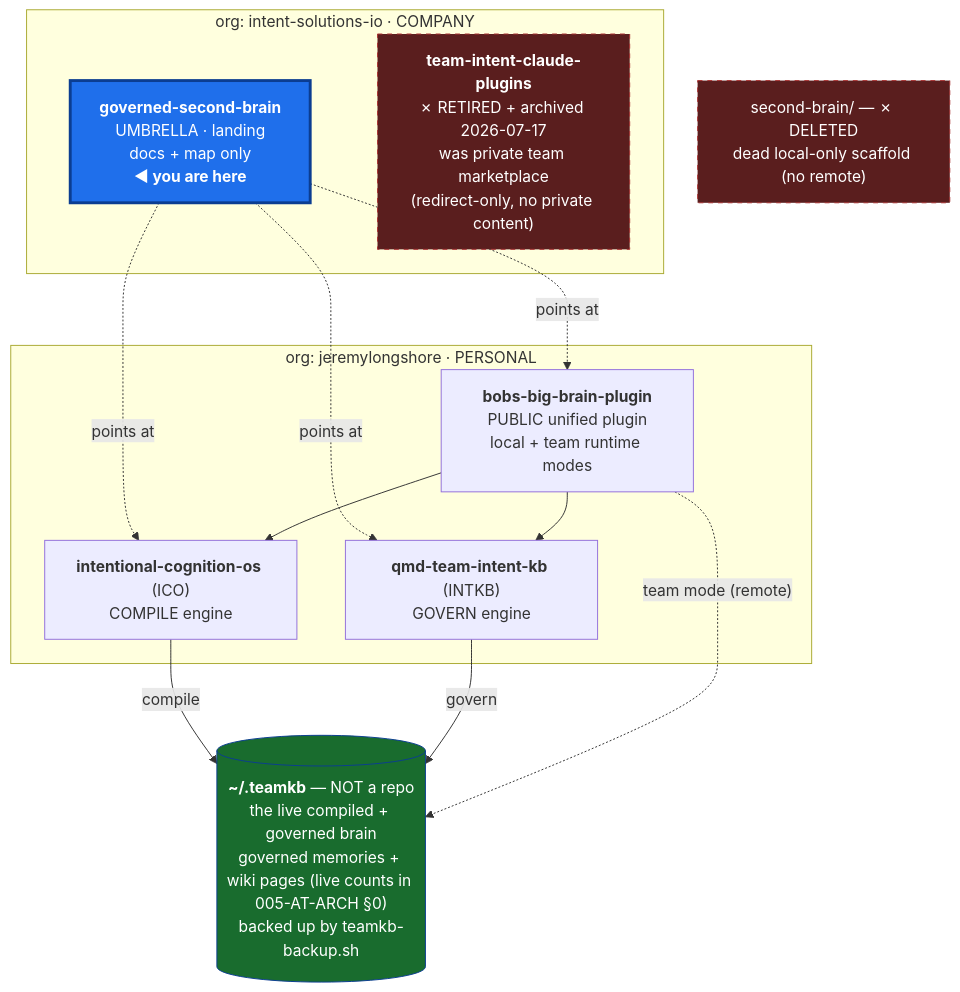
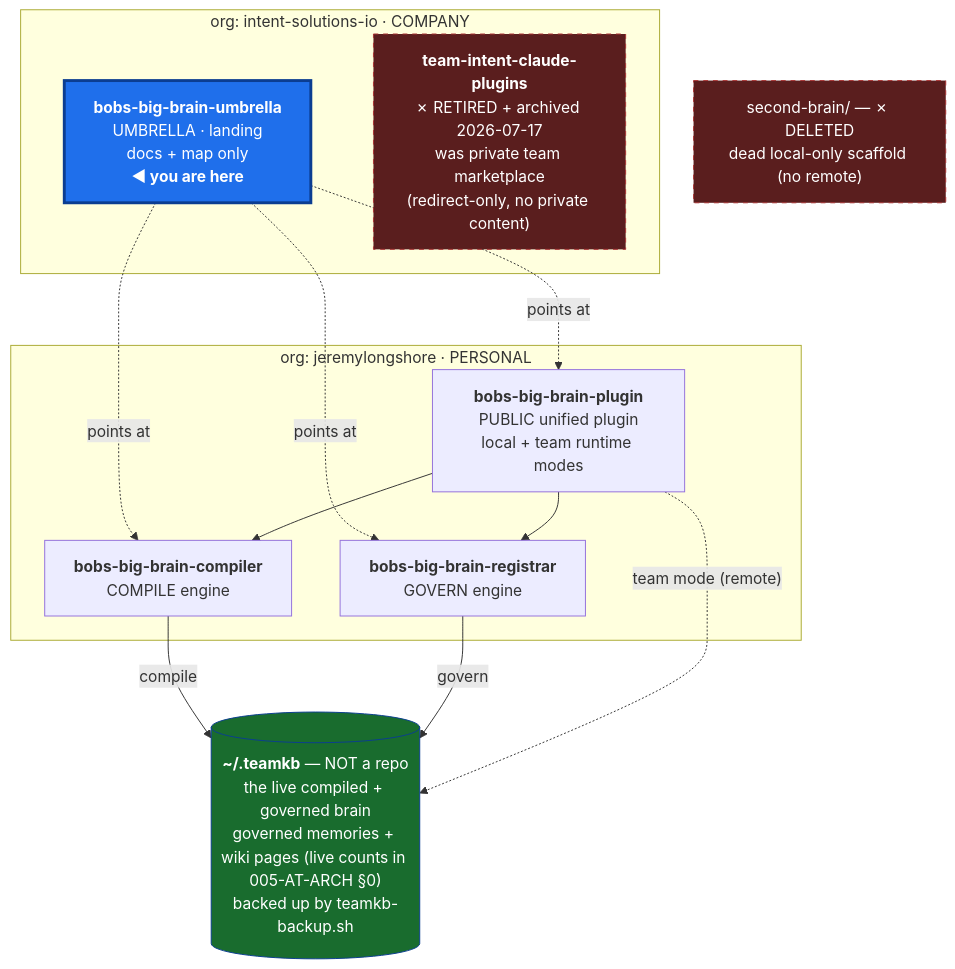
The diagram in 000-docs/007-AT-SMAP-repo-topology-and-working-surface.md (intent-solutions-io/bobs-big-brain-umbrella), drawn with Mermaid before and after one commit. The commit also changed other lines of this file and 15 other files, not shown here.

````diff
--- a/000-docs/007-AT-SMAP-repo-topology-and-working-surface.md
+++ b/000-docs/007-AT-SMAP-repo-topology-and-working-surface.md
@@ -20,28 +20,28 @@
 ```mermaid
 flowchart TB
   subgraph ISO["org: intent-solutions-io  ·  COMPANY"]
-    UMB["<b>governed-second-brain</b><br/>UMBRELLA · landing<br/>docs + map only<br/><b>◀ you are here</b>"]
+    UMB["<b>bobs-big-brain-umbrella</b><br/>UMBRELLA · landing<br/>docs + map only<br/><b>◀ you are here</b>"]
     MKT["<b>team-intent-claude-plugins</b><br/>✗ RETIRED + archived 2026-07-17<br/>was private team marketplace<br/>(redirect-only, no private content)"]
   end
   subgraph JL["org: jeremylongshore  ·  PERSONAL"]
-    ICO["<b>intentional-cognition-os</b> (ICO)<br/>COMPILE engine"]
-    INTKB["<b>qmd-team-intent-kb</b> (INTKB)<br/>GOVERN engine"]
+    ICO["<b>bobs-big-brain-compiler</b><br/>COMPILE engine"]
+    INTKB["<b>bobs-big-brain-registrar</b><br/>GOVERN engine"]
     PLUG["<b>bobs-big-brain-plugin</b><br/>PUBLIC unified plugin<br/>local + team runtime modes"]
   end
   DATA[("<b>~/.teamkb</b> — NOT a repo<br/>the live compiled + governed brain<br/>governed memories + wiki pages (live counts in 005-AT-ARCH §0)<br/>backed up by teamkb-backup.sh")]
   CRUFT["second-brain/ — ✗ DELETED<br/>dead local-only scaffold (no remote)"]
 
   UMB -. points at .-> ICO
   UMB -. points at .-> INTKB
   UMB -. points at .-> PLUG
   PLUG --> ICO
   PLUG --> INTKB
   ICO -- compile --> DATA
   INTKB -- govern --> DATA
   PLUG -. team mode (remote) .-> DATA
 
   style UMB fill:#1f6feb,stroke:#0b3d91,stroke-width:3px,color:#ffffff
   style DATA fill:#196c2e,stroke:#0b3d91,color:#ffffff
   style MKT fill:#5a1e1e,stroke:#a33,stroke-dasharray:5 5,color:#ffffff
   style CRUFT fill:#5a1e1e,stroke:#a33,stroke-dasharray:5 5,color:#ffffff
 ```
````
